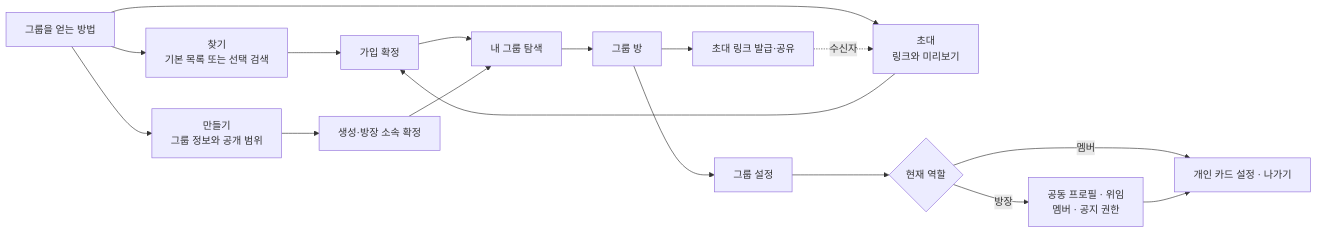
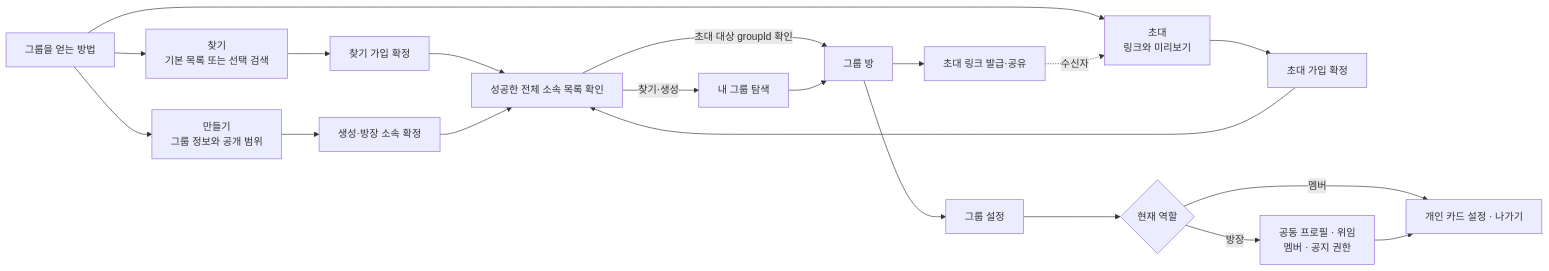
One commit to OneOrThree/phone changed the third of 5 diagrams in docs/prd/group/information-architecture.md. Above: the diagram before and after it, drawn with Mermaid. The commit also changed other lines of this file and 14 other files, not shown here.

````diff
--- a/docs/prd/group/information-architecture.md
+++ b/docs/prd/group/information-architecture.md
@@ -96,21 +96,24 @@
 ```mermaid
 flowchart LR
     Start["그룹을 얻는 방법"] --> Find["찾기<br/>기본 목록 또는 선택 검색"]
     Start --> Invite["초대<br/>링크와 미리보기"]
     Start --> Create["만들기<br/>그룹 정보와 공개 범위"]
 
-    Find --> Join["가입 확정"]
-    Invite --> Join
+    Find --> Join["찾기 가입 확정"]
+    Invite --> InviteJoin["초대 가입 확정"]
     Create --> Created["생성·방장 소속 확정"]
-    Join --> Explore["내 그룹 탐색"]
-    Created --> Explore
+    Join --> Refresh["성공한 전체 소속 목록 확인"]
+    InviteJoin --> Refresh
+    Created --> Refresh
+    Refresh -->|찾기·생성| Explore["내 그룹 탐색"]
+    Refresh -->|초대 대상 groupId 확인| Room["그룹 방"]
 
-    Explore --> Room["그룹 방"]
+    Explore --> Room
     Room --> Share["초대 링크 발급·공유"]
     Share -.->|수신자| Invite
     Room --> Settings["그룹 설정"]
     Settings --> Owner{"현재 역할"}
     Owner -->|방장| Manage["공동 프로필 · 위임<br/>멤버 · 공지 권한"]
     Owner -->|멤버| Personal["개인 카드 설정 · 나가기"]
     Manage --> Personal
 ```
````
